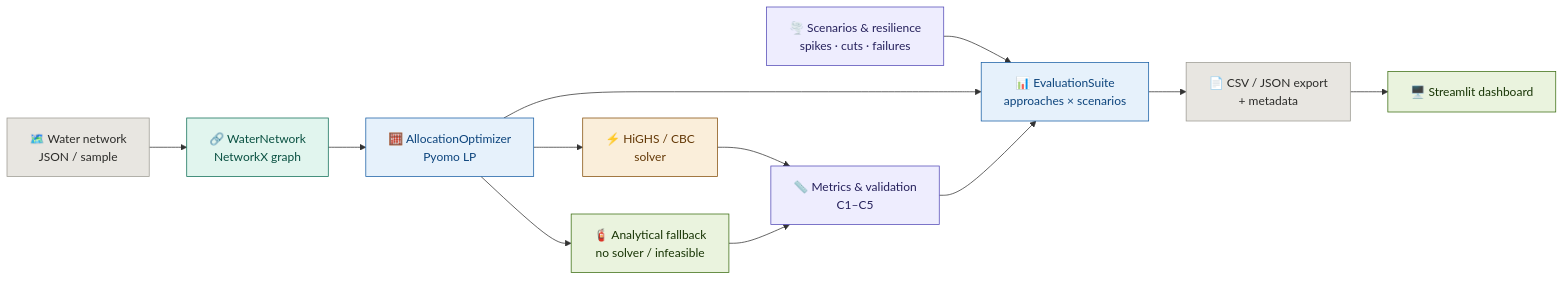
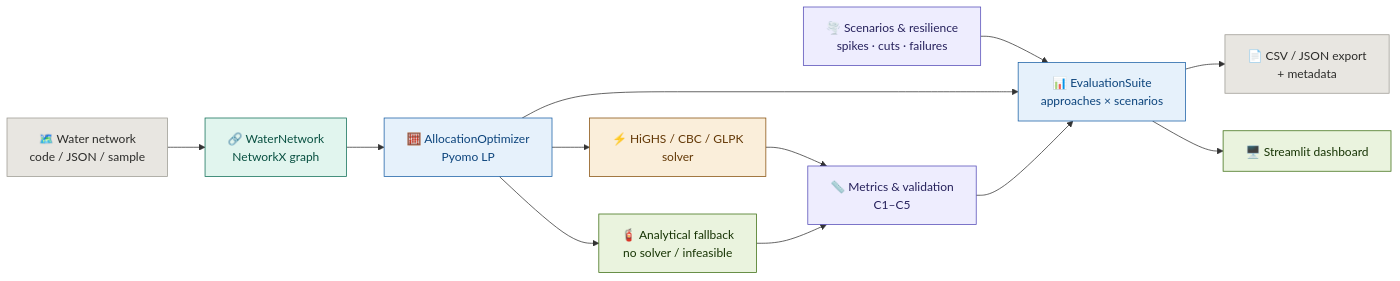
One commit to ria0304/AquaRoute changed the diagram in readme.md. Above: the diagram before and after it, drawn with Mermaid. The commit also changed other lines of this file, not shown here.

````diff
--- a/readme.md
+++ b/readme.md
@@ -185,32 +248,32 @@
 ```mermaid
 flowchart LR
-    A["🗺️ Water network<br/>JSON / sample"]:::gray
+    A["🗺️ Water network<br/>code / JSON / sample"]:::gray
     B["🔗 WaterNetwork<br/>NetworkX graph"]:::teal
     C["🧮 AllocationOptimizer<br/>Pyomo LP"]:::blue
-    D["⚡ HiGHS / CBC<br/>solver"]:::amber
+    D["⚡ HiGHS / CBC / GLPK<br/>solver"]:::amber
     E["🧯 Analytical fallback<br/>no solver / infeasible"]:::green
     F["📏 Metrics &amp; validation<br/>C1–C5"]:::purple
     G["📊 EvaluationSuite<br/>approaches × scenarios"]:::blue
     H["🌪️ Scenarios &amp; resilience<br/>spikes · cuts · failures"]:::purple
     I["📄 CSV / JSON export<br/>+ metadata"]:::gray
     J["🖥️ Streamlit dashboard"]:::green
 
     A --> B
     B --> C
     C --> D
     C --> E
     D --> F
     E --> F
     H --> G
     C --> G
     F --> G
     G --> I
-    I --> J
+    G --> J
 
     classDef gray   fill:#e8e6e1,stroke:#9c9a92,color:#2C2C2A
     classDef teal   fill:#E1F5EE,stroke:#0F6E56,color:#085041
     classDef blue   fill:#E6F1FB,stroke:#185FA5,color:#0C447C
     classDef amber  fill:#FAEEDA,stroke:#854F0B,color:#633806
     classDef purple fill:#EEEDFE,stroke:#534AB7,color:#26215C
     classDef green  fill:#EAF3DE,stroke:#3B6D11,color:#173404
 ```
````
